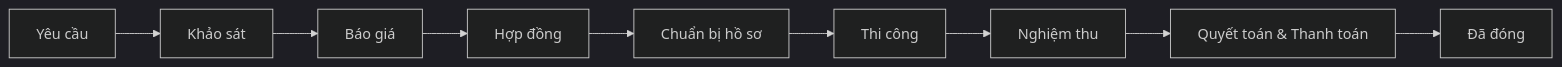
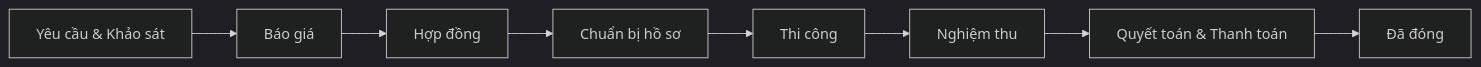
One commit to An-Y-The-Team/green-orange changed the first of 2 diagrams in docs/features/crm-business-flow.md. Above: the diagram before and after it, drawn with Mermaid (dark theme). The commit also changed other lines of this file and 17 other files, not shown here.

First line of the commit message:
feat: merge Yêu cầu and Khảo sát stages into one "Yêu cầu & Khảo sát" panel

````diff
--- a/docs/features/crm-business-flow.md
+++ b/docs/features/crm-business-flow.md
@@ -14,6 +14,6 @@
 ```mermaid
 flowchart LR
-  YEU_CAU[Yêu cầu] --> KHAO_SAT[Khảo sát] --> BAO_GIA[Báo giá] --> HOP_DONG[Hợp đồng]
+  KHAO_SAT[Yêu cầu & Khảo sát] --> BAO_GIA[Báo giá] --> HOP_DONG[Hợp đồng]
   HOP_DONG --> CHUAN_BI[Chuẩn bị hồ sơ] --> THI_CONG[Thi công] --> NGHIEM_THU[Nghiệm thu]
   NGHIEM_THU --> QUYET_TOAN_THANH_TOAN[Quyết toán & Thanh toán] --> DONG[Đã đóng]
 ```
````
